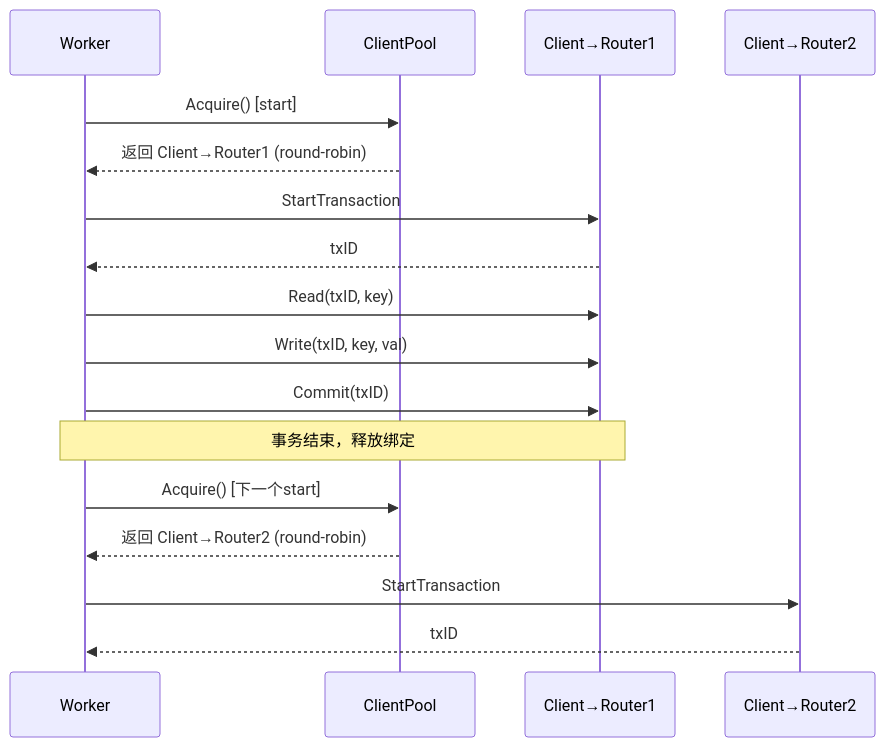
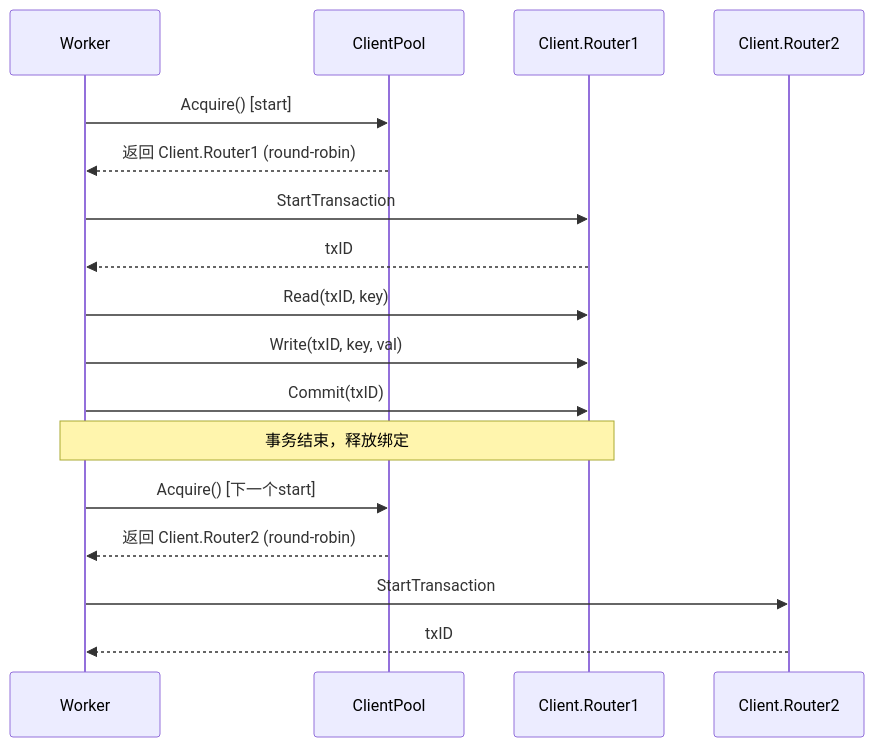
The diagram in figures/mmd/client-pool.mmd (ZhangJihua0327/master-thesis), drawn with Mermaid before and after one commit. The commit also changed 10 other files, not shown here.

```diff
--- a/figures/mmd/client-pool.mmd
+++ b/figures/mmd/client-pool.mmd
@@ -1,20 +1,39 @@
-%%{init: {'theme': 'default', 'themeVariables': {'fontSize': '23px', 'noteFontSize': '21px'}}}%%
+%%{init: {
+'theme': 'default',
+'themeVariables': {
+'fontSize': '25px',
+'fontFamily': 'sans-serif, Arial',
+'actorFontSize': '25px',
+'messageFontSize': '25px',
+'stateLabelFontSize': '25px',
+'classText': '25px',
+'noteFontSize': '23px'
+},
+'sequence': {
+'messageMargin': 3,       /* 箭头行间距 ↓ 变小 */
+'noteMargin': 3,          /* 备注块间距 ↓ 变小 */
+'actorMargin': 25,        /* 参与者上下间距 ↓ 变小 */
+'boxMargin': 4,           /* 盒子内边距 ↓ 大幅压缩 */
+'bottomMarginAdj': 0,     /* 底部留白 ↓ 去掉 */
+'maxWidth': 900           /* 宽度固定，避免高度膨胀 */
+}
+}}%%
 sequenceDiagram
     participant W as Worker
     participant P as ClientPool
-    participant C1 as Client→Router1
-    participant C2 as Client→Router2
+    participant C1 as Client.Router1
+    participant C2 as Client.Router2
 
     W->>P: Acquire() [start]
-    P-->>W: 返回 Client→Router1 (round-robin)
+    P-->>W: 返回 Client.Router1 (round-robin)
     W->>C1: StartTransaction
     C1-->>W: txID
     W->>C1: Read(txID, key)
     W->>C1: Write(txID, key, val)
     W->>C1: Commit(txID)
     Note over W,C1: 事务结束，释放绑定
 
     W->>P: Acquire() [下一个start]
-    P-->>W: 返回 Client→Router2 (round-robin)
+    P-->>W: 返回 Client.Router2 (round-robin)
     W->>C2: StartTransaction
     C2-->>W: txID
```
